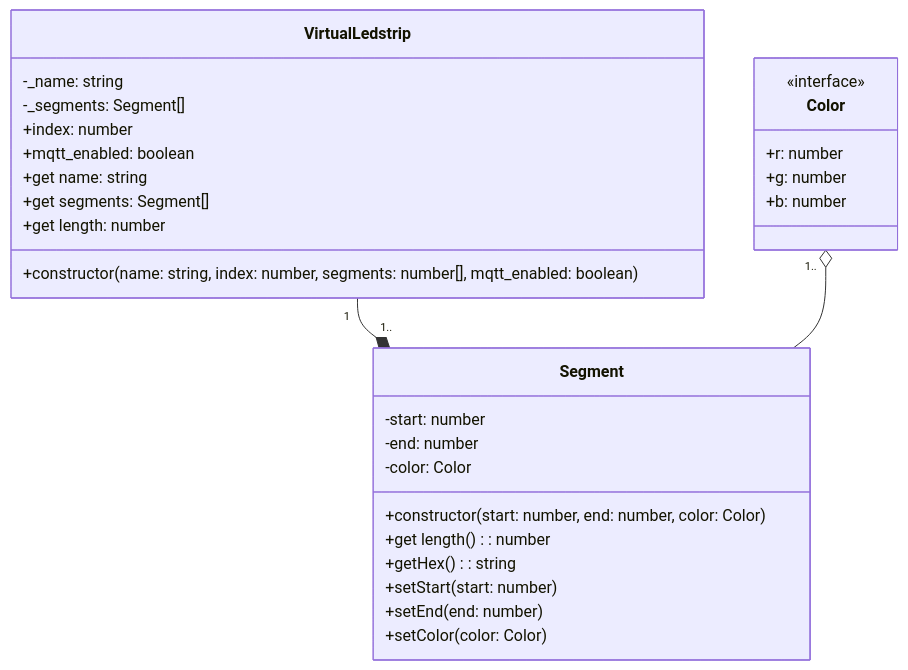
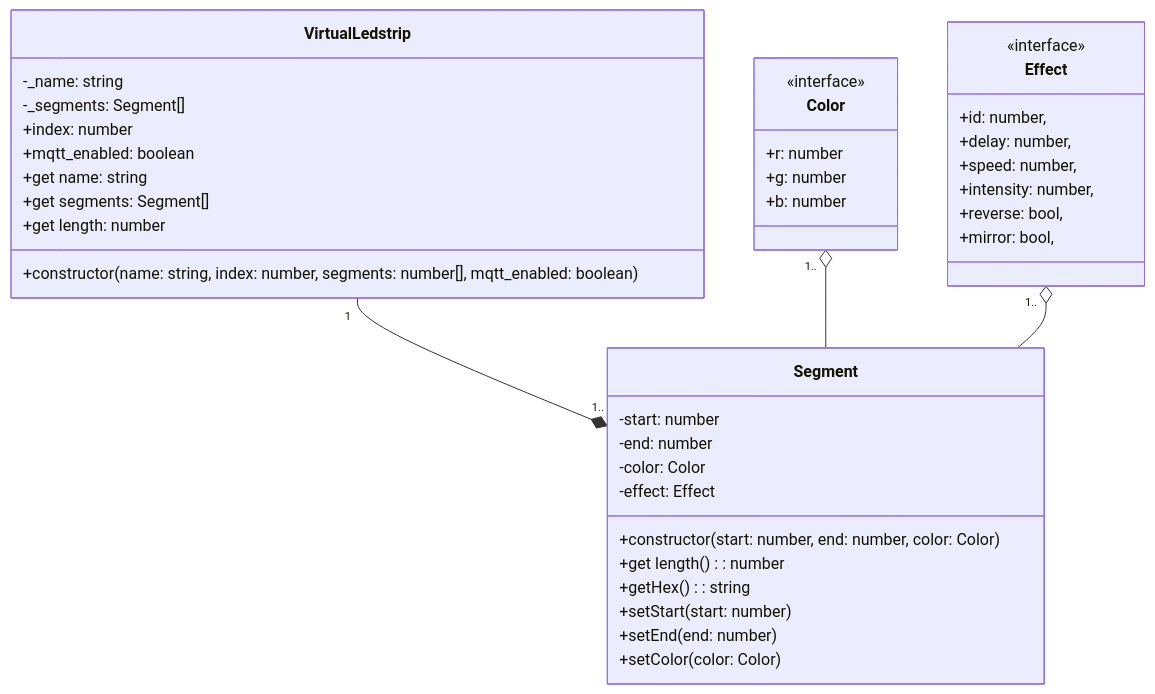
One commit to vives-project-xp/InteractiveCorridor changed the diagram in Backend/README.md. Above: the diagram before and after it, drawn with Mermaid.

Commit message:
Document Effect interface in Segment #102

````diff
--- a/Backend/README.md
+++ b/Backend/README.md
@@ -7,36 +7,48 @@
 ```mermaid
 classDiagram
 
 class Segment {
     -start: number
     -end: number
     -color: Color
+    -effect: Effect
     +constructor(start: number, end: number, color: Color)
     +get length(): number
     +getHex(): string
     +setStart(start: number)
     +setEnd(end: number)
     +setColor(color: Color)
 }
 
 class Color {
     <<interface>>
     +r: number
     +g: number
     +b: number
 }
 
+class Effect {
+    <<interface>>
+    +id: number,
+    +delay: number,
+    +speed: number,
+    +intensity: number,
+    +reverse: bool,
+    +mirror: bool,
+}
+
 class VirtualLedstrip{
     -_name: string
     -_segments: Segment[]
     +index: number
     +mqtt_enabled: boolean
     +get name: string
     +get segments: Segment[]
     +get length: number
     +constructor(name: string, index: number, segments: number[], mqtt_enabled: boolean)
 }
 
 VirtualLedstrip "1" --* "1.." Segment
 Color "1.." o-- Segment
+Effect "1.." o-- Segment
 ```
````
